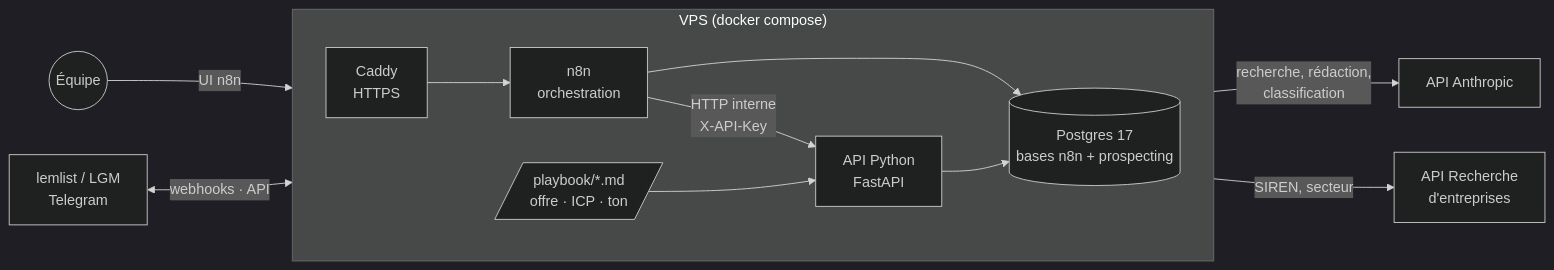
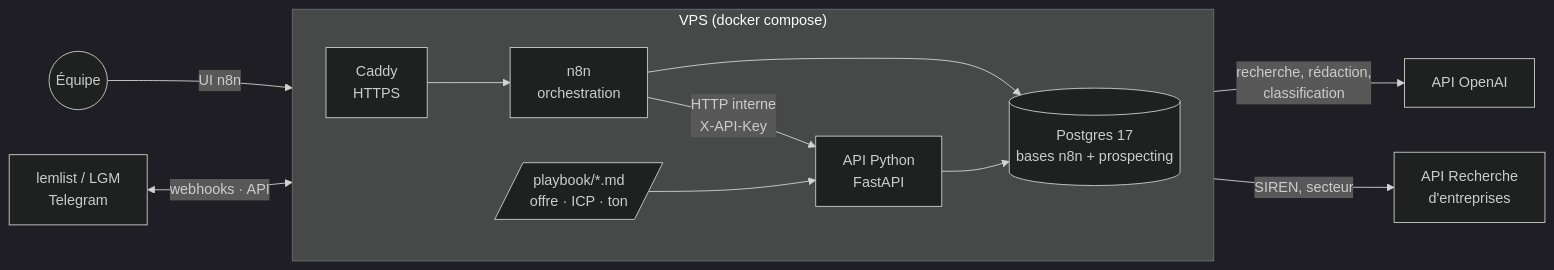
The first of 3 diagrams in docs/ARCHITECTURE.md (lboitel/prospecting-agent), drawn with Mermaid (dark theme) before and after one commit. The commit also changed other lines of this file and 14 other files, not shown here.

````diff
--- a/docs/ARCHITECTURE.md
+++ b/docs/ARCHITECTURE.md
@@ -51,21 +51,21 @@
 ```mermaid
 flowchart LR
     subgraph VPS["VPS (docker compose)"]
         direction LR
         Caddy["Caddy<br/>HTTPS"]
         n8n["n8n<br/>orchestration"]
         API["API Python<br/>FastAPI"]
         PG[("Postgres 17<br/>bases n8n + prospecting")]
         PB[/"playbook/*.md<br/>offre · ICP · ton"/]
     end
 
     User(("Équipe")) -->|UI n8n| Caddy
     Tools["lemlist / LGM<br/>Telegram"] <-->|webhooks · API| Caddy
     Caddy --> n8n
     n8n -->|HTTP interne<br/>X-API-Key| API
     n8n --> PG
     API --> PG
     PB --> API
-    API -->|recherche, rédaction,<br/>classification| Claude["API Anthropic"]
+    API -->|recherche, rédaction,<br/>classification| OpenAI["API OpenAI"]
     API -->|SIREN, secteur| Sirene["API Recherche<br/>d'entreprises"]
 ```
````
